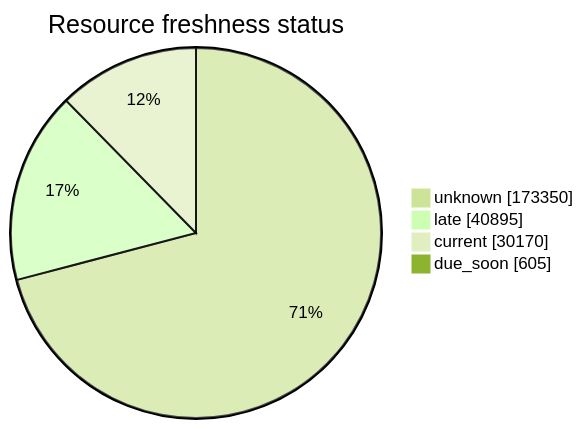
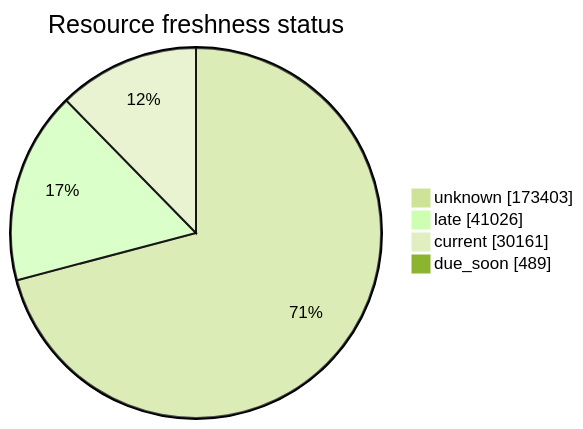
The third of 5 diagrams in FreshCheck/README.md (open-data/analytics-corporate-reporting), drawn with Mermaid (forest theme) before and after one commit. The commit also changed other lines of this file and 3 other files, not shown here.

````diff
--- a/FreshCheck/README.md
+++ b/FreshCheck/README.md
@@ -77,7 +77,7 @@
 ```mermaid
 pie showData title Resource freshness status
-    "unknown": 173350
-    "late": 40895
-    "current": 30170
-    "due_soon": 605
+    "unknown": 173403
+    "late": 41026
+    "current": 30161
+    "due_soon": 489
 ```
````
